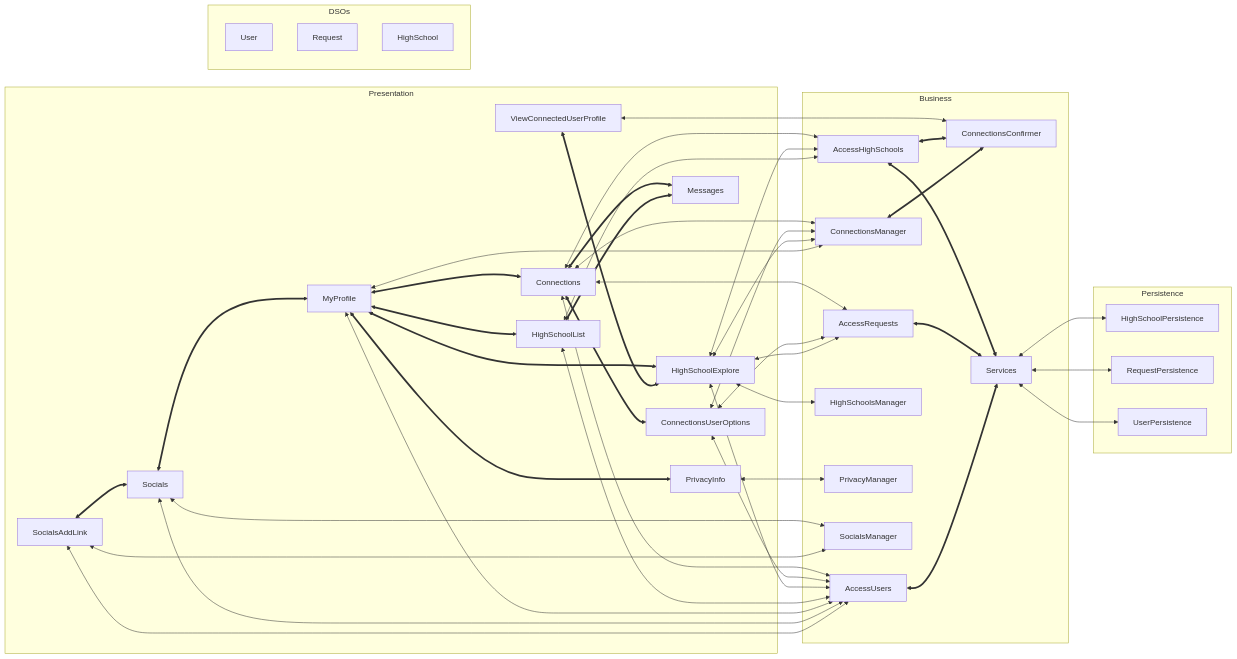
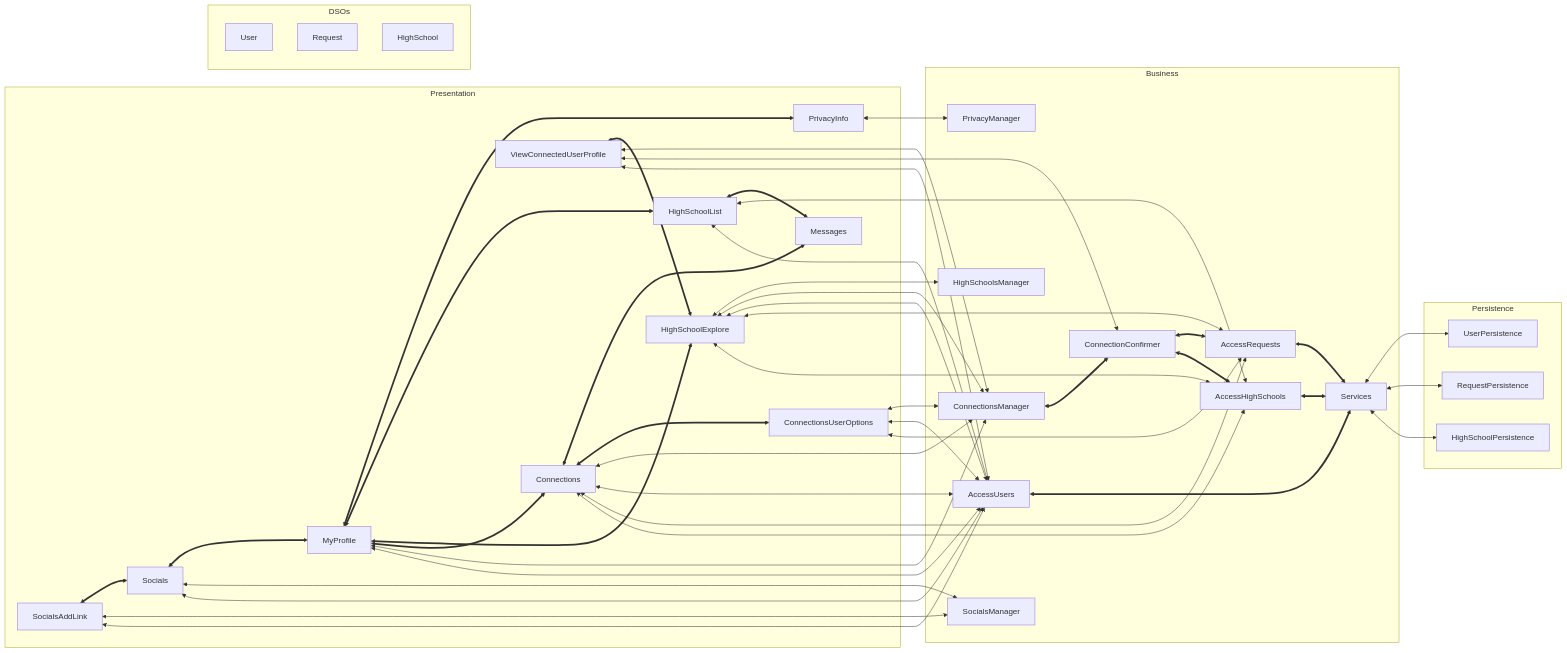
The diagram in docs/ARCHITECTURE.md (khaledElgohary/high-school-hub), drawn with Mermaid before and after one commit.

````diff
--- a/docs/ARCHITECTURE.md
+++ b/docs/ARCHITECTURE.md
@@ -4,54 +4,53 @@
 ```mermaid
 %% Note: In case the diagram is not rendering properly, a backup can be found at https://code.cs.umanitoba.ca/3350-summer2023/highschool-hub/-/blob/main/docs/mermaid-diagram-backup.png.
 
   flowchart LR
     %% Links between nodes of different subgraphs
     Connections <--> AccessHighSchools & AccessRequests & AccessUsers & ConnectionsManager
     ConnectionsUserOptions <--> AccessRequests & AccessUsers & ConnectionsManager
-    HighSchoolExplore <--> AccessHighSchools & AccessRequests & AccessUsers & ConnectionsManager & HighSchoolsManager
-    HighSchoolList <---> AccessUsers & AccessHighSchools
+    HighSchoolExplore <---> AccessHighSchools & AccessRequests & AccessUsers & ConnectionsManager & HighSchoolsManager
+    HighSchoolList <--> AccessUsers & AccessHighSchools
     MyProfile <--> AccessUsers & ConnectionsManager
     PrivacyInfo <--> PrivacyManager
     Socials <--> AccessUsers & SocialsManager
     SocialsAddLink <--> AccessUsers & SocialsManager
-    ViewConnectedUserProfile <--> ConnectionsConfirmer
-
+    ViewConnectedUserProfile <--> AccessUsers & ConnectionConfirmer & ConnectionsManager
 
     Services <--> HighSchoolPersistence & RequestPersistence & UserPersistence
 
     subgraph Presentation
-    Connections <==> ConnectionsUserOptions
+    Connections <===> ConnectionsUserOptions
     MyProfile <==> Connections
     MyProfile <==> HighSchoolExplore
     MyProfile <==> HighSchoolList
     MyProfile <==> PrivacyInfo
     Socials <==> MyProfile
     SocialsAddLink <==> Socials
     Connections & HighSchoolList <==> Messages
     ViewConnectedUserProfile <==> HighSchoolExplore
     end
 
     subgraph Business
     AccessHighSchools & AccessRequests & AccessUsers <==> Services
-    ConnectionsManager
-    AccessHighSchools & ConnectionsManager<==> ConnectionsConfirmer 
+    ConnectionConfirmer <==> AccessHighSchools & AccessRequests
+    ConnectionsManager <==> ConnectionConfirmer
     HighSchoolsManager
     PrivacyManager
     SocialsManager
     end
 
     subgraph Persistence
     HighSchoolPersistence
     RequestPersistence
     UserPersistence
     end
 
     subgraph DSOs
     User
     Request
     HighSchool
     end
 
     %% Invisible link(s) to keep graphs together
     DSOs ~~~ Presentation
 ```
````
